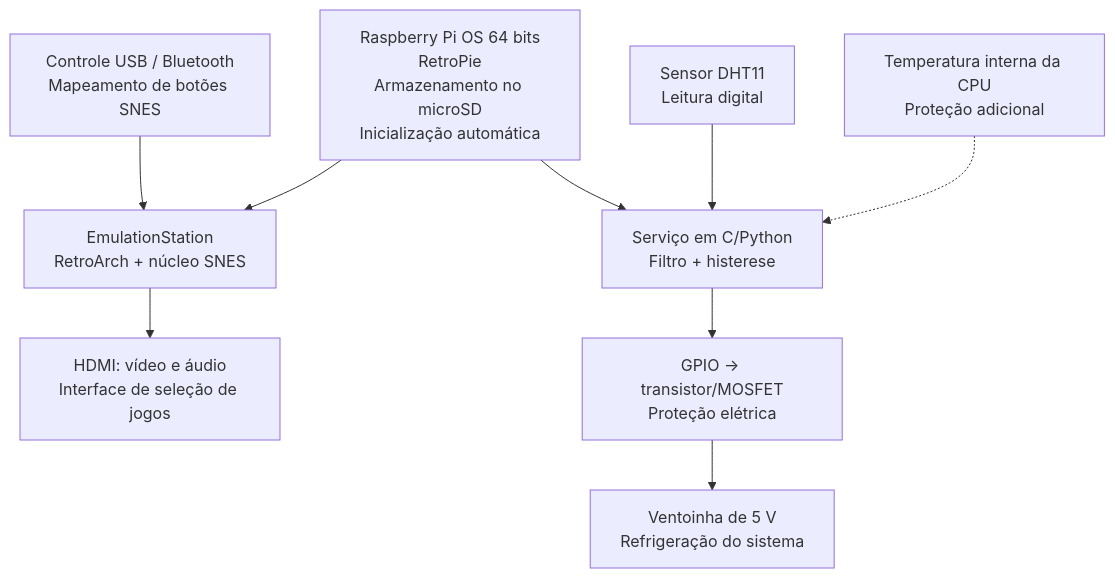
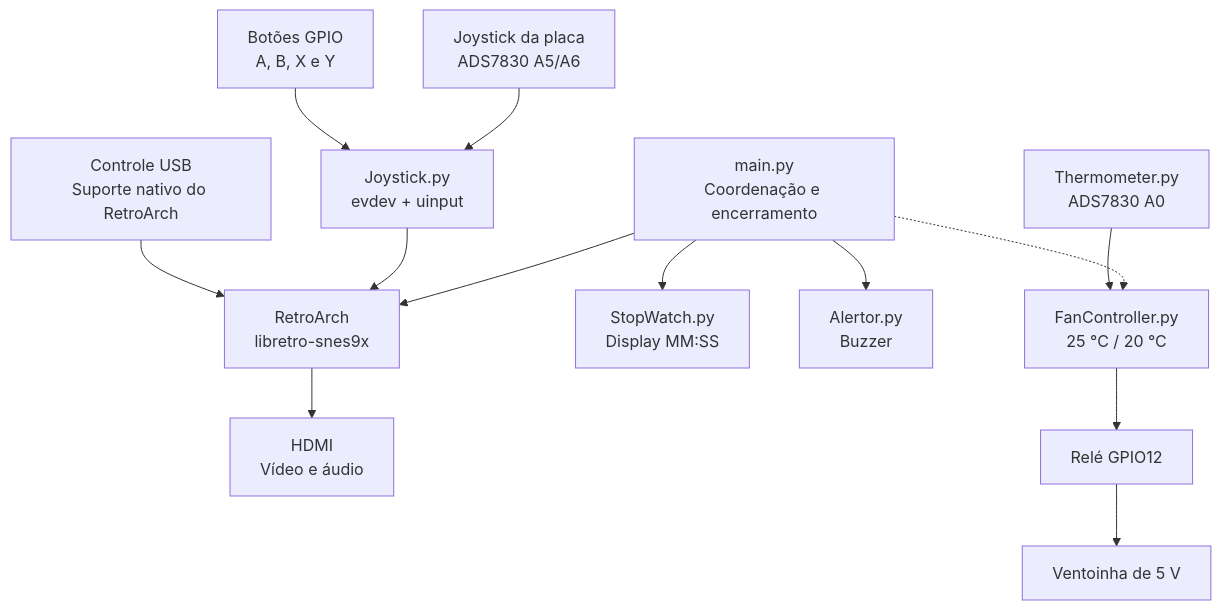
The diagram in docs/relatorio.md (brunolima2696/labproc-projeto), drawn with Mermaid before and after one commit. The commit also changed other lines of this file and 14 other files, not shown here.

````diff
--- a/docs/relatorio.md
+++ b/docs/relatorio.md
@@ -70,20 +71,28 @@
 ```mermaid
 flowchart TB
-    U[Controle USB / Bluetooth<br>Mapeamento de botões SNES]
-    E[EmulationStation<br>RetroArch + núcleo SNES]
-    S[HDMI: vídeo e áudio<br>Interface de seleção de jogos]
+    M[main.py<br>Coordenação e encerramento]
+    R[RetroArch<br>libretro-snes9x]
+    H[HDMI<br>Vídeo e áudio]
 
-    P[Raspberry Pi OS 64 bits<br>RetroPie<br>Armazenamento no microSD<br>Inicialização automática]
+    J[Joystick da placa<br>ADS7830 A5/A6]
+    B[Botões GPIO<br>A, B, X e Y]
+    V[Joystick.py<br>evdev + uinput]
+    U[Controle USB<br>Suporte nativo do RetroArch]
 
-    D[Sensor DHT11<br>Leitura digital]
-    C[Serviço em C/Python<br>Filtro + histerese]
-    A[GPIO → transistor/MOSFET<br>Proteção elétrica]
-    V[Ventoinha de 5 V<br>Refrigeração do sistema]
-    T[Temperatura interna da CPU<br>Proteção adicional]
+    D[StopWatch.py<br>Display MM:SS]
+    Z[Alertor.py<br>Buzzer]
 
-    U --> E --> S
-    P --> E
-    P --> C
-    D --> C --> A --> V
-    T -.-> C
+    T[Thermometer.py<br>ADS7830 A0]
+    F[FanController.py<br>25 °C / 20 °C]
+    E[Relé GPIO12]
+    C[Ventoinha de 5 V]
+
+    M --> R --> H
+    J --> V
+    B --> V --> R
+    U --> R
+    M --> D
+    M --> Z
+    M -.-> F
+    T --> F --> E --> C
 ```
````
